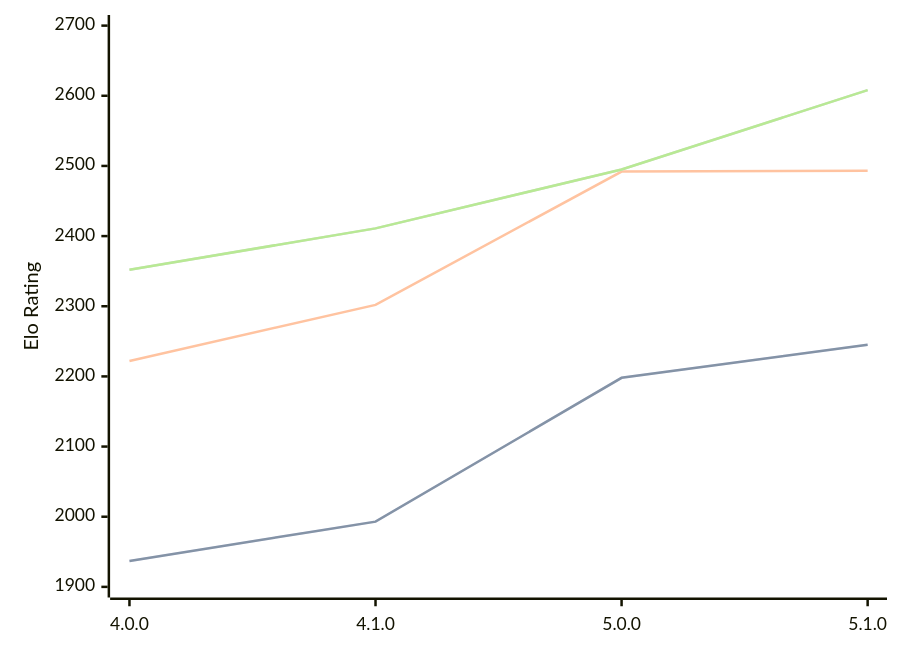
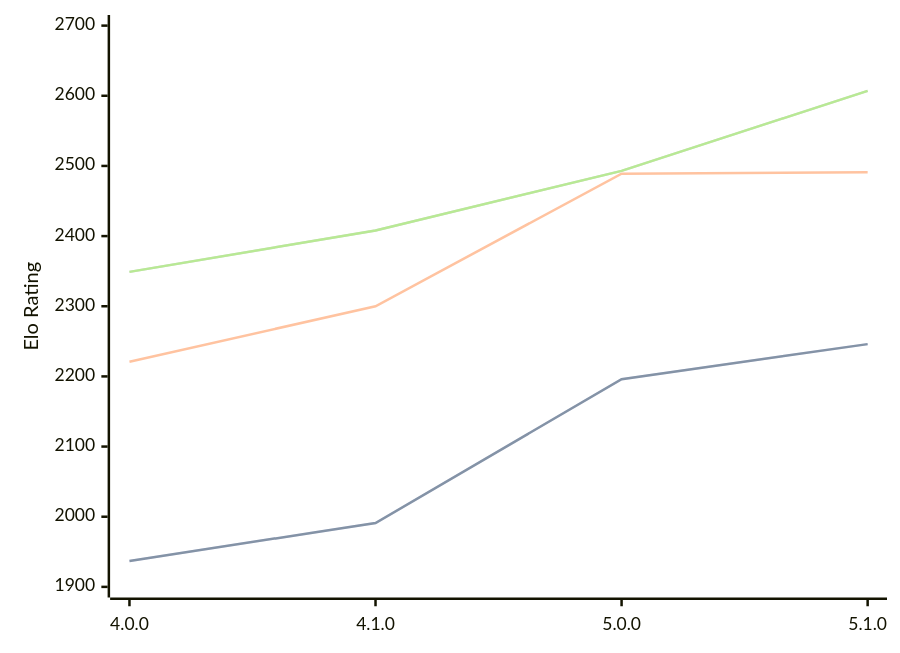
One commit to computer-chess-index/cci changed the diagram in engines/Aconcagua.md. Above: the diagram before and after it, drawn with Mermaid. The commit also changed other lines of this file, not shown here.

Commit message:
Update CCI Ratings (ELO VLTC) - 2026-04-24

````diff
--- a/engines/Aconcagua.md
+++ b/engines/Aconcagua.md
@@ -43,11 +43,11 @@
 ```mermaid
 %%{init: {"theme":"base","themeVariables":{"seriesColors:['#a3a3a3','#222221','#faa371']}}}%%
 xychart-beta
   x-axis ["4.0.0", "4.1.0", "5.0.0", "5.1.0"]
   y-axis "Elo Rating" 1900 --> 2700
-  line "STC (8.0+0.08s)" [1937, 1993, 2198, 2245]
-  line "STC (8.0+0.08s)" [1937, 1993, 2198, 2245]
-  line "LTC (60.0+0.60s)" [2222, 2302, 2492, 2493]
-  line "VLTC (2m24s+1.12s)" [2352, 2411, 2495, 2608]
-  line "VLTC (2m24s+1.12s)" [2352, 2411, 2495, 2608]
+  line "STC (8.0+0.08s)" [1937, 1991, 2196, 2246]
+  line "STC (8.0+0.08s)" [1937, 1991, 2196, 2246]
+  line "LTC (60.0+0.60s)" [2221, 2300, 2489, 2491]
+  line "VLTC (2m24s+1.12s)" [2349, 2408, 2493, 2607]
+  line "VLTC (2m24s+1.12s)" [2349, 2408, 2493, 2607]
 ```
````
